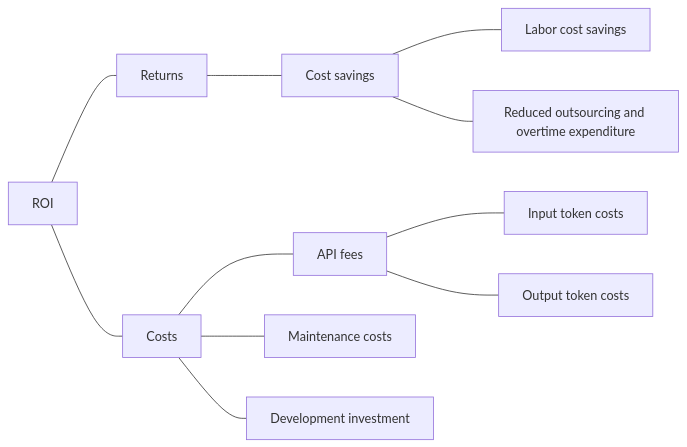
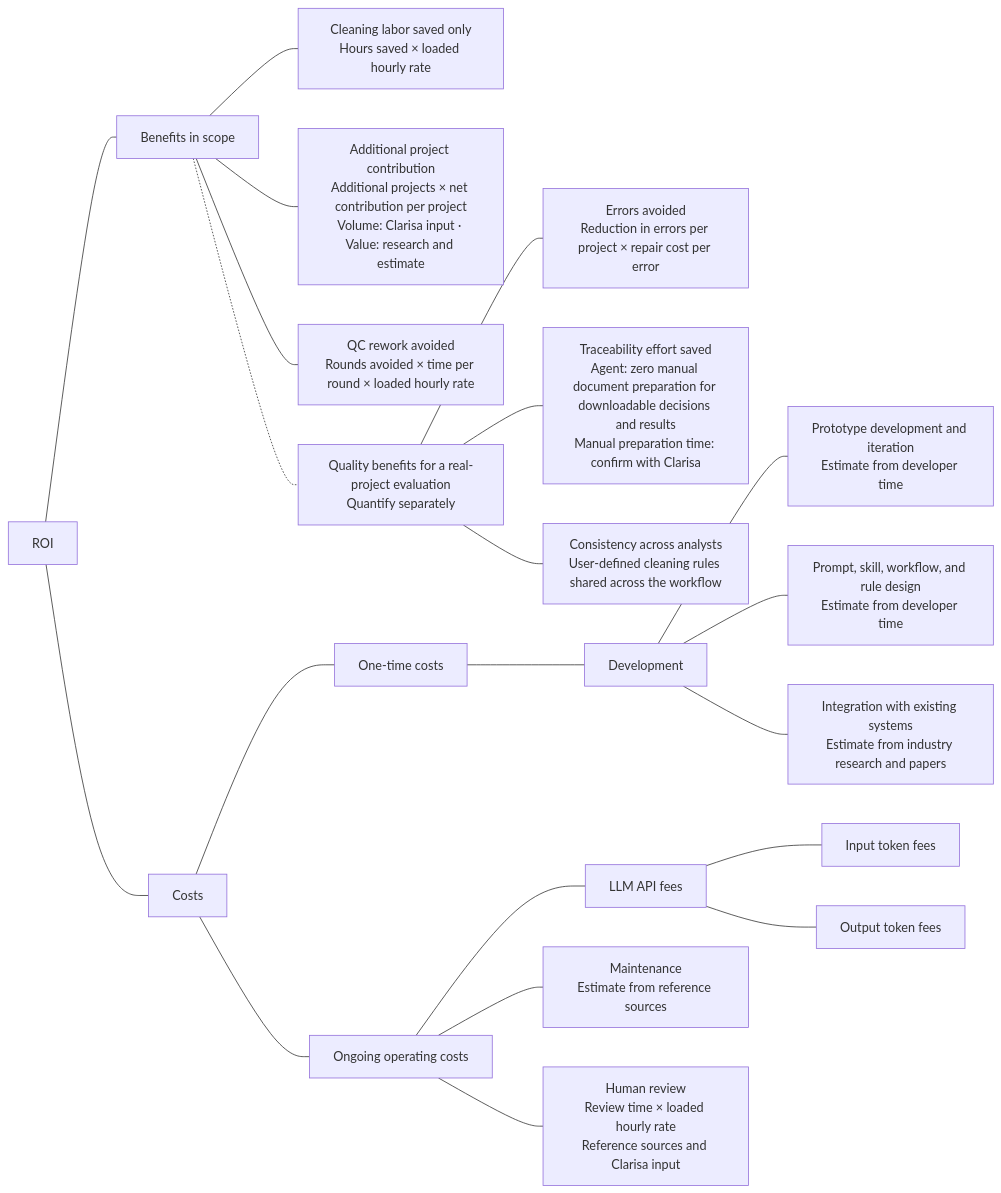
The diagram in research/5. roi analysis.md (yunyu79/AI-Agent-Opportunity-Assessment-in-RWE-Workflow-Healthcare), drawn with Mermaid before and after one commit. The commit also changed other lines of this file, not shown here.

Commit message:
Update ROI diagram with evaluation benefits, cost categories and estimate inputs

````diff
--- a/research/5. roi analysis.md
+++ b/research/5. roi analysis.md
@@ -5,16 +5,27 @@
 ```mermaid
 flowchart LR
-    ROI["ROI"] --- R["Returns"]
+    ROI["ROI"] --- B["Benefits in scope"]
     ROI --- C["Costs"]
 
-    R --- S["Cost savings"]
-    S --- L["Labor cost savings"]
-    S --- O["Reduced outsourcing and overtime expenditure"]
+    B --- L["Cleaning labor saved only<br/>Hours saved × loaded hourly rate"]
+    B --- P["Additional project contribution<br/>Additional projects × net contribution per project<br/>Volume: Clarisa input · Value: research and estimate"]
+    B --- Q["QC rework avoided<br/>Rounds avoided × time per round × loaded hourly rate"]
 
-    C --- A["API fees"]
-    C --- M["Maintenance costs"]
-    C --- D["Development investment"]
+    B -.- V["Quality benefits for a real-project evaluation<br/>Quantify separately"]
+    V --- E["Errors avoided<br/>Reduction in errors per project × repair cost per error"]
+    V --- T["Traceability effort saved<br/>Agent: zero manual document preparation for downloadable decisions and results<br/>Manual preparation time: confirm with Clarisa"]
+    V --- S["Consistency across analysts<br/>User-defined cleaning rules shared across the workflow"]
 
-    A --- TI["Input token costs"]
-    A --- TO["Output token costs"]
+    C --- U["One-time costs"]
+    U --- D["Development"]
+    D --- DP["Prototype development and iteration<br/>Estimate from developer time"]
+    D --- PW["Prompt, skill, workflow, and rule design<br/>Estimate from developer time"]
+    D --- SI["Integration with existing systems<br/>Estimate from industry research and papers"]
+
+    C --- O["Ongoing operating costs"]
+    O --- A["LLM API fees"]
+    A --- I["Input token fees"]
+    A --- F["Output token fees"]
+    O --- M["Maintenance<br/>Estimate from reference sources"]
+    O --- H["Human review<br/>Review time × loaded hourly rate<br/>Reference sources and Clarisa input"]
 ```
````
